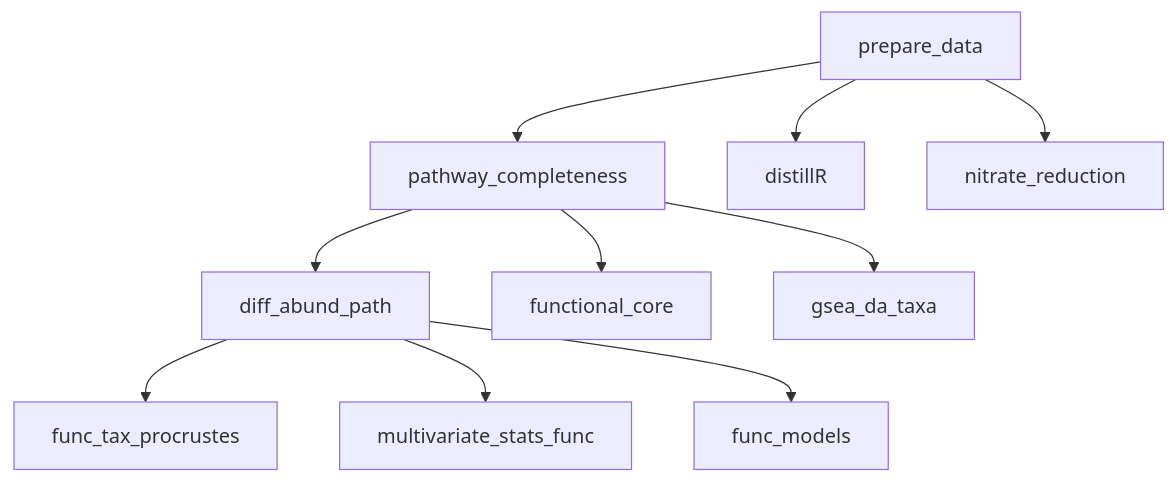
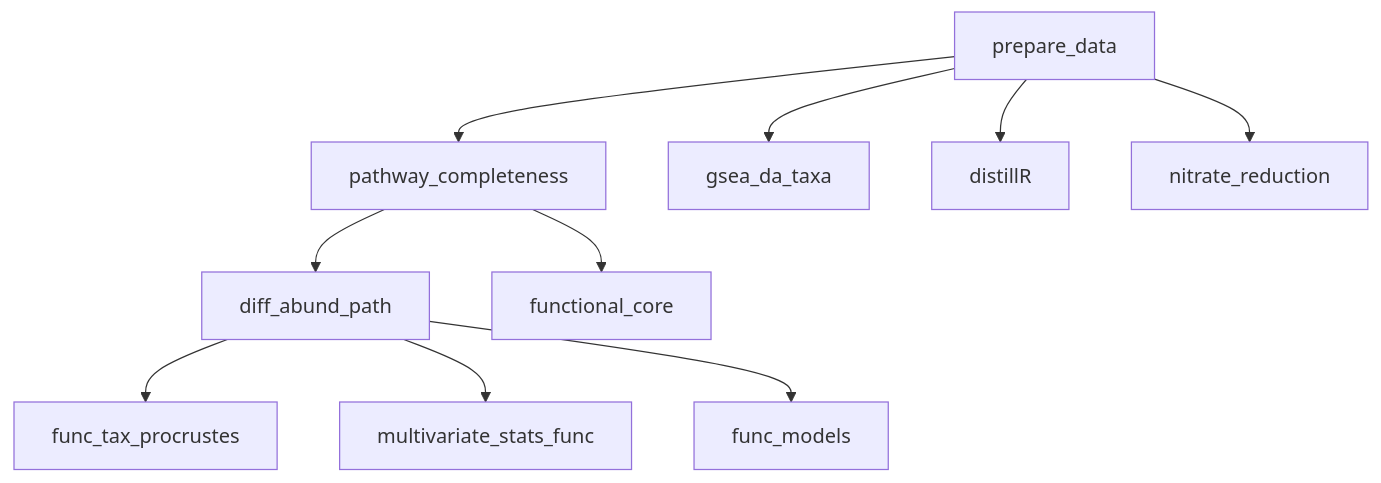
One commit to markella-moraitou/mammal_oral_microbiome_stats changed the second of 3 diagrams in README.md. Above: the diagram before and after it, drawn with Mermaid. The commit also changed 3 other files, not shown here.

````diff
--- a/README.md
+++ b/README.md
@@ -19,12 +19,12 @@
 ```mermaid
 flowchart TD;
     A[prepare_data]-->B[pathway_completeness];
     B-->C[diff_abund_path];
     B-->D[functional_core];
-    B-->E[gsea_da_taxa];
+    A-->E[gsea_da_taxa];
     A-->F[distillR];
     C-->G[func_tax_procrustes];
     C-->H[multivariate_stats_func];
     C-->I[func_models];
     A-->J[nitrate_reduction];
 ```
````
